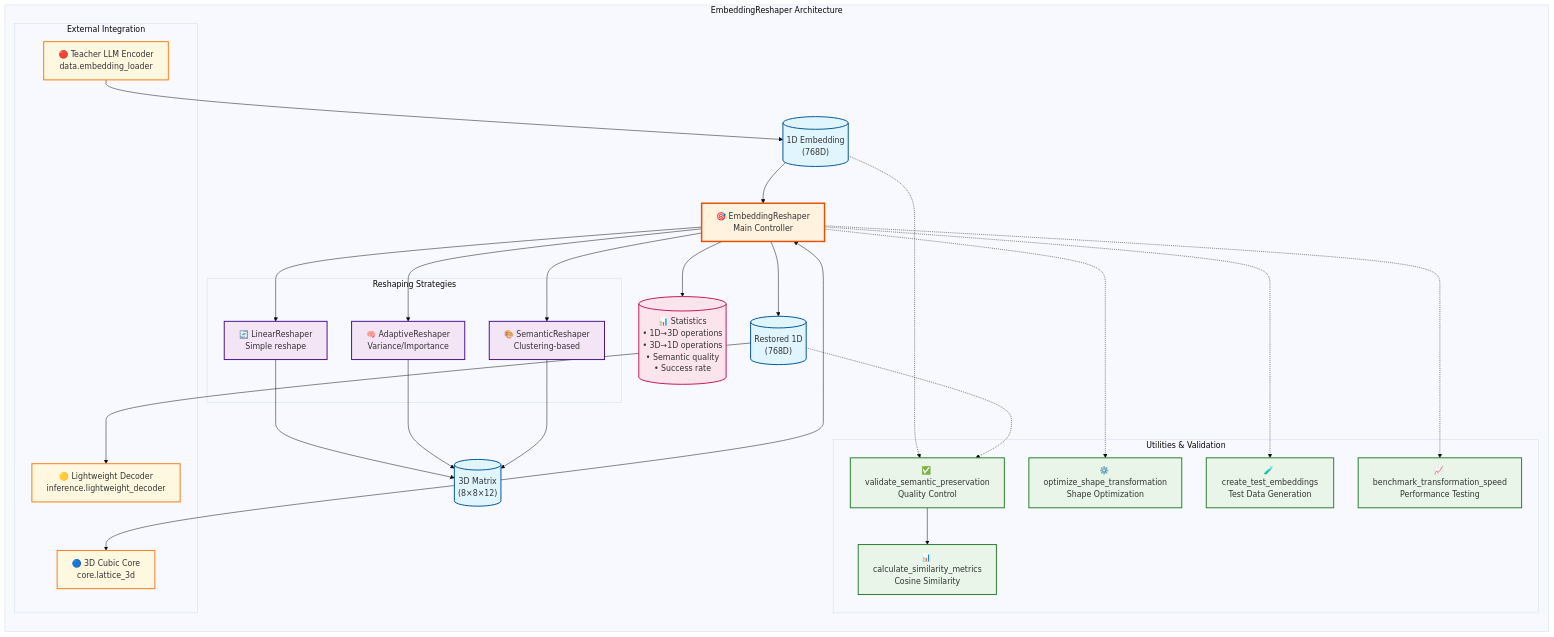
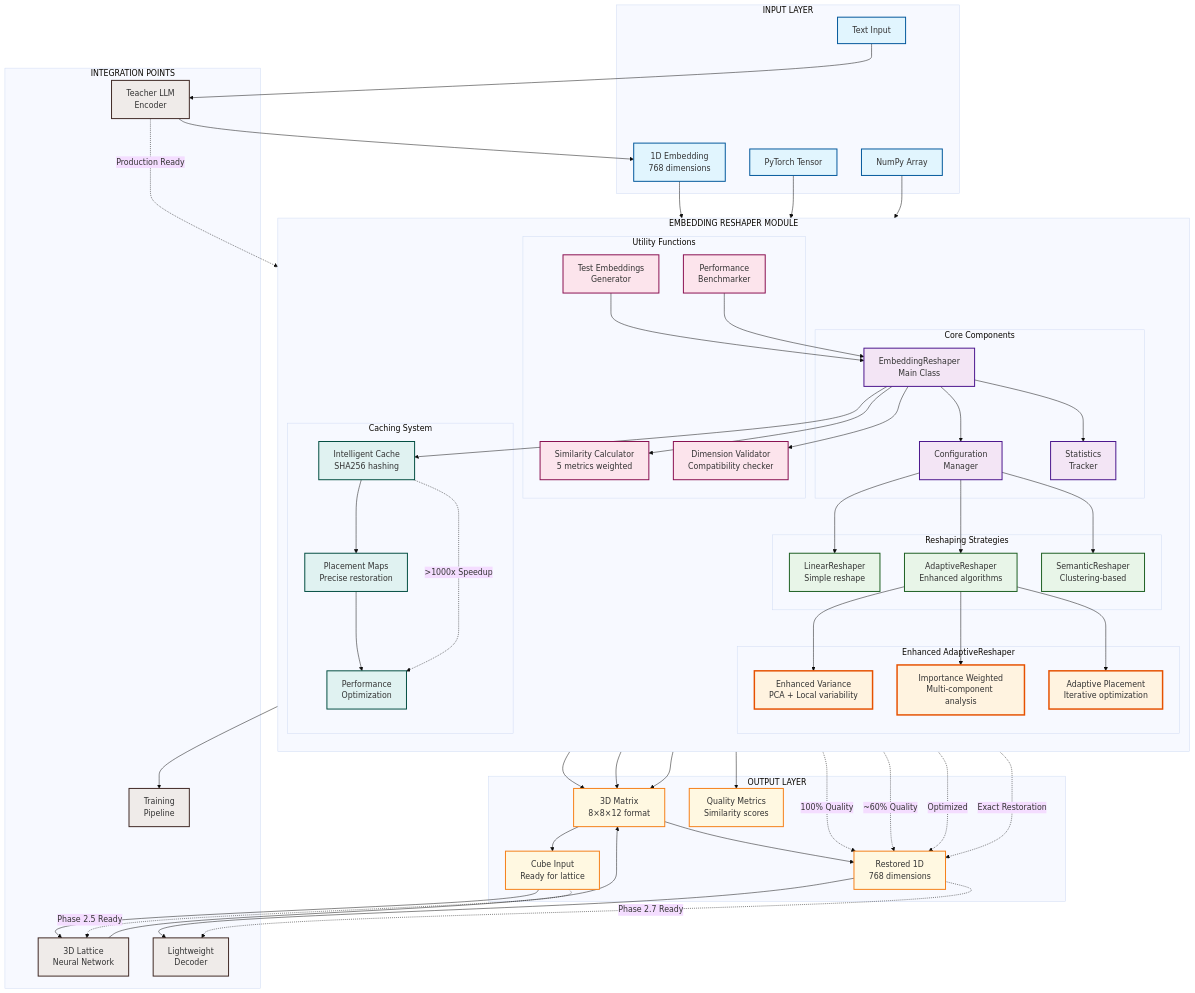
One commit to LL1yt/EnergyFlowSwift changed the first of 4 diagrams in data/embedding_reshaper/diagram.mmd. Above: the diagram before and after it, drawn with Mermaid (base theme). The commit also changed 18 other files, not shown here.

````diff
--- a/data/embedding_reshaper/diagram.mmd
+++ b/data/embedding_reshaper/diagram.mmd
@@ -1,84 +1,133 @@
 ```mermaid
 graph TB
-    subgraph "EmbeddingReshaper Architecture"
+    %% EmbeddingReshaper Module Architecture
+    
+    subgraph "INPUT LAYER"
+        A1[Text Input] 
+        A2[1D Embedding<br/>768 dimensions]
+        A3[PyTorch Tensor]
+        A4[NumPy Array]
+    end
+    
+    subgraph "EMBEDDING RESHAPER MODULE"
         direction TB
         
-        %% Input/Output
-        INPUT[("1D Embedding<br/>(768D)")]
-        OUTPUT[("3D Matrix<br/>(8×8×12)")]
-        RESTORED[("Restored 1D<br/>(768D)")]
-        
-        %% Main Class
-        RESHAPER["🎯 EmbeddingReshaper<br/>Main Controller"]
-        
-        %% Strategies
-        subgraph "Reshaping Strategies"
-            LINEAR["🔄 LinearReshaper<br/>Simple reshape"]
-            ADAPTIVE["🧠 AdaptiveReshaper<br/>Variance/Importance"]
-            SEMANTIC["🎨 SemanticReshaper<br/>Clustering-based"]
+        subgraph "Core Components"
+            B1[EmbeddingReshaper<br/>Main Class]
+            B2[Configuration<br/>Manager]
+            B3[Statistics<br/>Tracker]
         end
         
-        %% Utils
-        subgraph "Utilities & Validation"
-            VALIDATOR["✅ validate_semantic_preservation<br/>Quality Control"]
-            METRICS["📊 calculate_similarity_metrics<br/>Cosine Similarity"]
-            OPTIMIZER["⚙️ optimize_shape_transformation<br/>Shape Optimization"]
-            TESTER["🧪 create_test_embeddings<br/>Test Data Generation"]
-            BENCHMARKER["📈 benchmark_transformation_speed<br/>Performance Testing"]
+        subgraph "Reshaping Strategies"
+            C1[LinearReshaper<br/>Simple reshape]
+            C2[AdaptiveReshaper<br/>Enhanced algorithms]
+            C3[SemanticReshaper<br/>Clustering-based]
         end
         
-        %% Integration Modules
-        subgraph "External Integration"
-            LLM["🔴 Teacher LLM Encoder<br/>data.embedding_loader"]
-            CUBE["🔵 3D Cubic Core<br/>core.lattice_3d"]
-            DECODER["🟡 Lightweight Decoder<br/>inference.lightweight_decoder"]
+        subgraph "Enhanced AdaptiveReshaper"
+            D1[Enhanced Variance<br/>PCA + Local variability]
+            D2[Importance Weighted<br/>Multi-component analysis]
+            D3[Adaptive Placement<br/>Iterative optimization]
         end
         
-        %% Data Flow
-        INPUT --> RESHAPER
-        RESHAPER --> LINEAR
-        RESHAPER --> ADAPTIVE
-        RESHAPER --> SEMANTIC
+        subgraph "Utility Functions"
+            E1[Similarity Calculator<br/>5 metrics weighted]
+            E2[Dimension Validator<br/>Compatibility checker]
+            E3[Test Embeddings<br/>Generator]
+            E4[Performance<br/>Benchmarker]
+        end
         
-        LINEAR --> OUTPUT
-        ADAPTIVE --> OUTPUT
-        SEMANTIC --> OUTPUT
-        
-        OUTPUT --> RESHAPER
-        RESHAPER --> RESTORED
-        
-        %% Validation Flow
-        INPUT -.-> VALIDATOR
-        RESTORED -.-> VALIDATOR
-        VALIDATOR --> METRICS
-        
-        %% Integration Flow
-        LLM --> INPUT
-        OUTPUT --> CUBE
-        RESTORED --> DECODER
-        
-        %% Utilities Connection
-        RESHAPER -.-> OPTIMIZER
-        RESHAPER -.-> TESTER
-        RESHAPER -.-> BENCHMARKER
-        
-        %% Statistics
-        STATS[("📊 Statistics<br/>• 1D→3D operations<br/>• 3D→1D operations<br/>• Semantic quality<br/>• Success rate")]
-        RESHAPER --> STATS
-        
-        %% Styling
-        classDef inputOutput fill:#e1f5fe,stroke:#01579b,stroke-width:2px
-        classDef mainClass fill:#fff3e0,stroke:#e65100,stroke-width:3px
-        classDef strategy fill:#f3e5f5,stroke:#4a148c,stroke-width:2px
-        classDef utility fill:#e8f5e8,stroke:#2e7d32,stroke-width:2px
-        classDef integration fill:#fff8e1,stroke:#f57f17,stroke-width:2px
-        classDef stats fill:#fce4ec,stroke:#c2185b,stroke-width:2px
-        
-        class INPUT,OUTPUT,RESTORED inputOutput
-        class RESHAPER mainClass
-        class LINEAR,ADAPTIVE,SEMANTIC strategy
-        class VALIDATOR,METRICS,OPTIMIZER,TESTER,BENCHMARKER utility
-        class LLM,CUBE,DECODER integration
-        class STATS stats
+        subgraph "Caching System"
+            F1[Intelligent Cache<br/>SHA256 hashing]
+            F2[Placement Maps<br/>Precise restoration]
+            F3[Performance<br/>Optimization]
+        end
     end
+    
+    subgraph "OUTPUT LAYER"
+        G1[3D Matrix<br/>8×8×12 format]
+        G2[Cube Input<br/>Ready for lattice]
+        G3[Restored 1D<br/>768 dimensions]
+        G4[Quality Metrics<br/>Similarity scores]
+    end
+    
+    subgraph "INTEGRATION POINTS"
+        H1[Teacher LLM<br/>Encoder]
+        H2[3D Lattice<br/>Neural Network]
+        H3[Lightweight<br/>Decoder]
+        H4[Training<br/>Pipeline]
+    end
+    
+    %% Data Flow Connections
+    A1 --> H1
+    H1 --> A2
+    A2 --> B1
+    A3 --> B1
+    A4 --> B1
+    
+    B1 --> B2
+    B1 --> B3
+    B2 --> C1
+    B2 --> C2
+    B2 --> C3
+    
+    C2 --> D1
+    C2 --> D2
+    C2 --> D3
+    
+    B1 --> E1
+    B1 --> E2
+    E3 --> B1
+    E4 --> B1
+    
+    B1 --> F1
+    F1 --> F2
+    F2 --> F3
+    
+    C1 --> G1
+    C2 --> G1
+    C3 --> G1
+    
+    G1 --> G2
+    G2 --> H2
+    H2 --> G1
+    G1 --> G3
+    
+    E1 --> G4
+    G3 --> H3
+    
+    B1 --> H4
+    
+    %% Critical Paths (Enhanced Methods)
+    D1 -.->|100% Quality| G3
+    D2 -.->|~60% Quality| G3
+    D3 -.->|Optimized| G3
+    
+    %% Performance Paths
+    F1 -.->|>1000x Speedup| F3
+    F2 -.->|Exact Restoration| G3
+    
+    %% Integration Flows
+    H1 -.->|Production Ready| B1
+    G2 -.->|Phase 2.5 Ready| H2
+    G3 -.->|Phase 2.7 Ready| H3
+    
+    %% Styling
+    classDef inputStyle fill:#e1f5fe,stroke:#01579b,stroke-width:2px
+    classDef coreStyle fill:#f3e5f5,stroke:#4a148c,stroke-width:2px
+    classDef strategyStyle fill:#e8f5e8,stroke:#1b5e20,stroke-width:2px
+    classDef enhancedStyle fill:#fff3e0,stroke:#e65100,stroke-width:3px
+    classDef utilStyle fill:#fce4ec,stroke:#880e4f,stroke-width:2px
+    classDef cacheStyle fill:#e0f2f1,stroke:#004d40,stroke-width:2px
+    classDef outputStyle fill:#fff8e1,stroke:#f57f17,stroke-width:2px
+    classDef integrationStyle fill:#efebe9,stroke:#3e2723,stroke-width:2px
+    
+    class A1,A2,A3,A4 inputStyle
+    class B1,B2,B3 coreStyle
+    class C1,C2,C3 strategyStyle
+    class D1,D2,D3 enhancedStyle
+    class E1,E2,E3,E4 utilStyle
+    class F1,F2,F3 cacheStyle
+    class G1,G2,G3,G4 outputStyle
+    class H1,H2,H3,H4 integrationStyle
 ```
````
